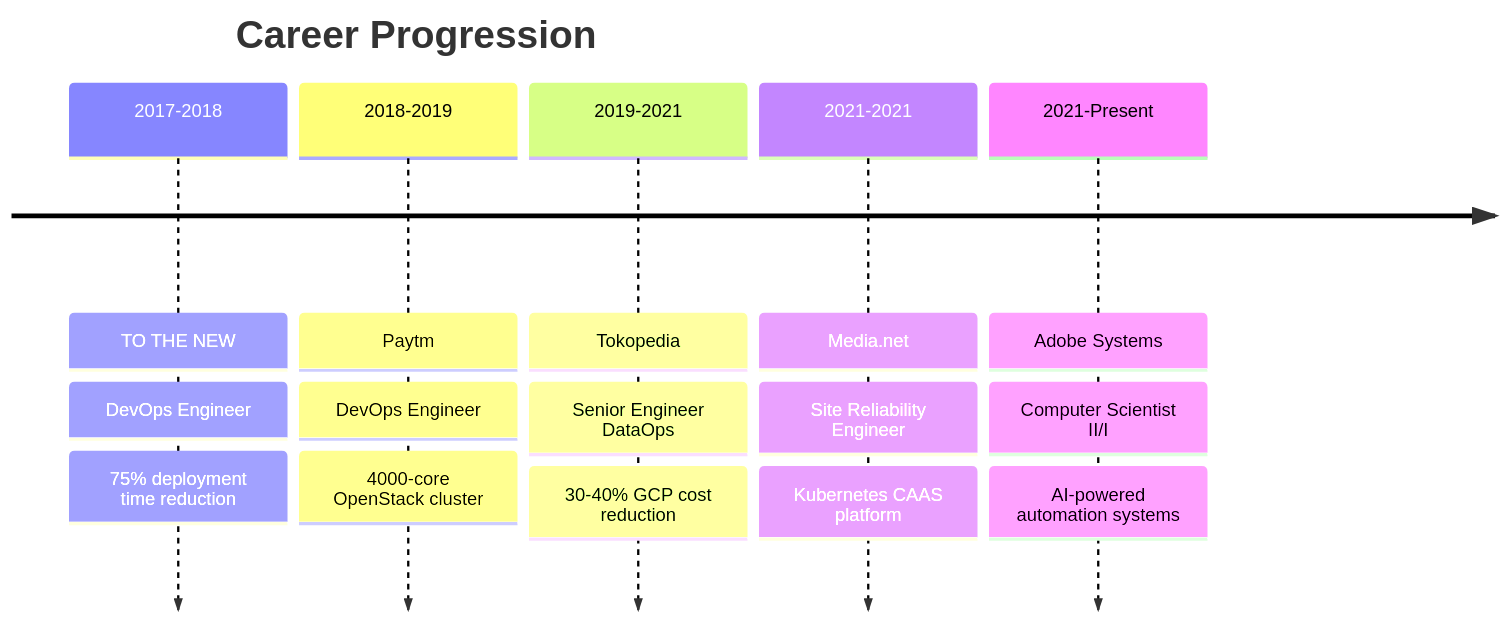
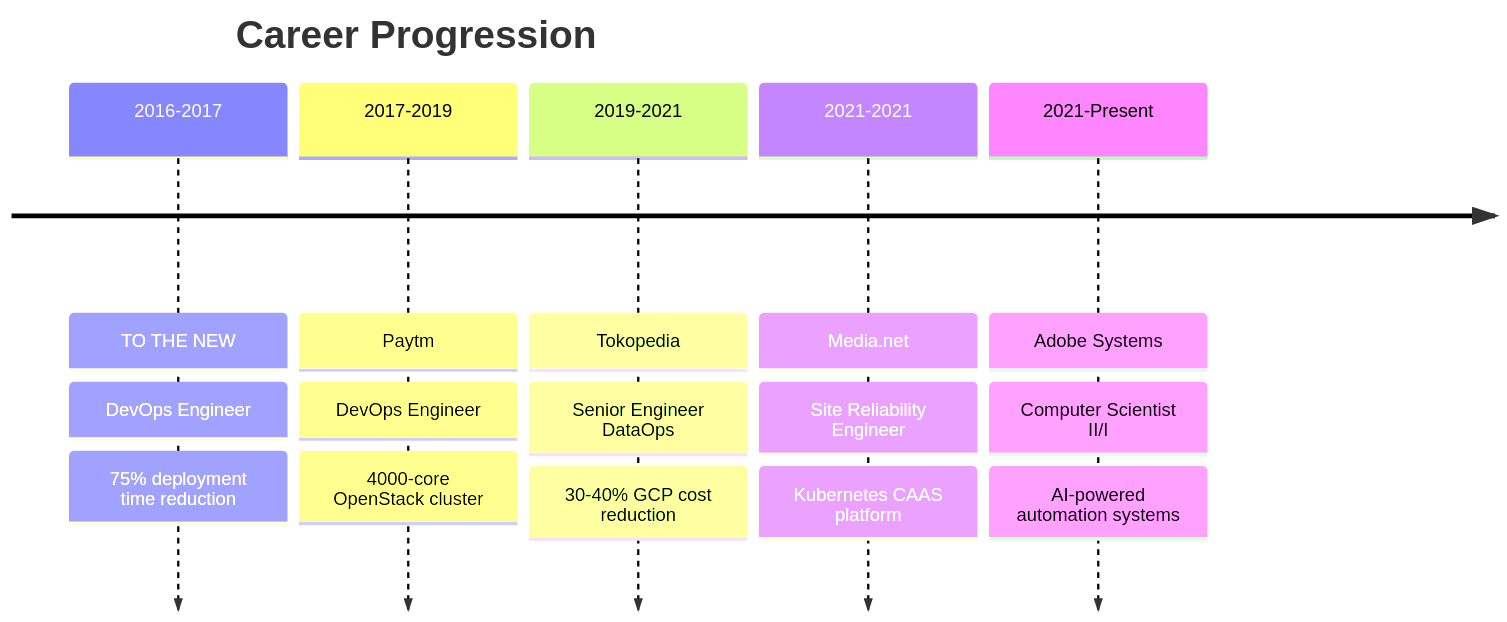
One commit to paraggupta10/paraggupta10 changed the diagram in README.md. Above: the diagram before and after it, drawn with Mermaid.

````diff
--- a/README.md
+++ b/README.md
@@ -93,19 +93,19 @@
 ```mermaid
 timeline
     title Career Progression
-    2017-2018    : TO THE NEW
+    2016-2017    : TO THE NEW
                  : DevOps Engineer
                  : 75% deployment time reduction
-    2018-2019    : Paytm
+    2017-2019    : Paytm
                  : DevOps Engineer  
                  : 4000-core OpenStack cluster
     2019-2021    : Tokopedia
                  : Senior Engineer DataOps
                  : 30-40% GCP cost reduction
     2021-2021    : Media.net
                  : Site Reliability Engineer
                  : Kubernetes CAAS platform
     2021-Present : Adobe Systems
                  : Computer Scientist II/I
                  : AI-powered automation systems
 ```
````
